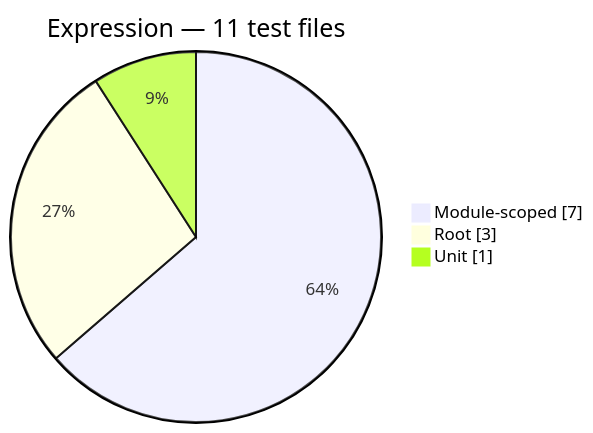
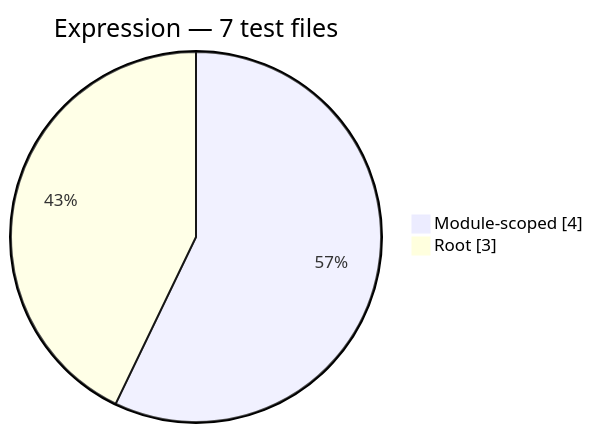
One commit to Mohammed-Alama/php-arazzo changed the second of 7 diagrams in docs/generated/test-composition.md. Above: the diagram before and after it, drawn with Mermaid. The commit also changed other lines of this file and 23 other files, not shown here.

````diff
--- a/docs/generated/test-composition.md
+++ b/docs/generated/test-composition.md
@@ -28,7 +28,6 @@
 ```mermaid
 pie showData
-    title Expression — 11 test files
-    "Module-scoped": 7
+    title Expression — 7 test files
+    "Module-scoped": 4
     "Root": 3
-    "Unit": 1
 ```
````
